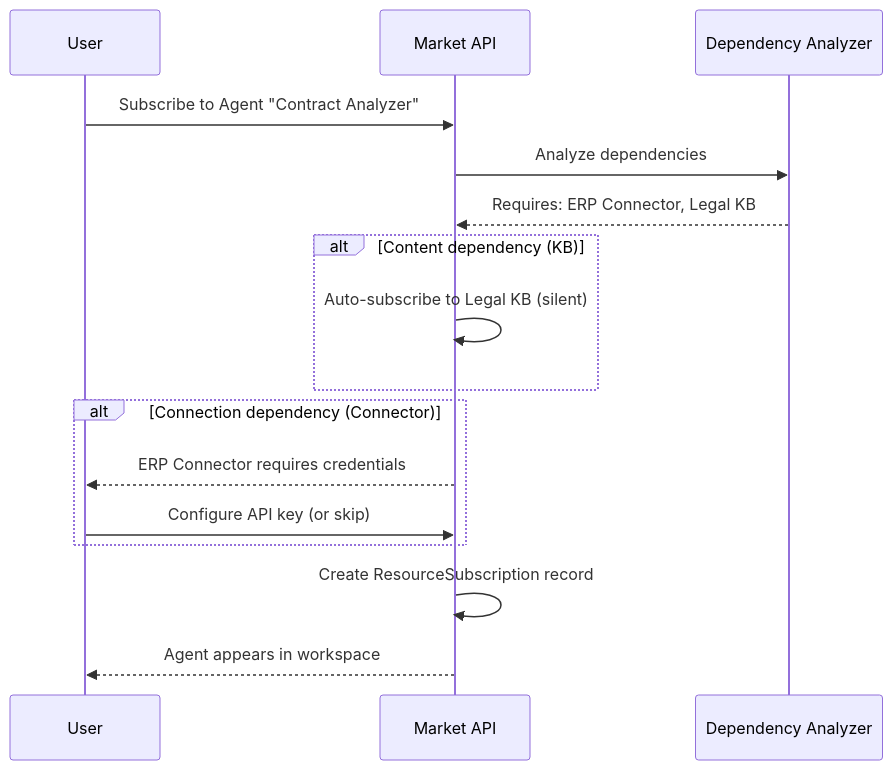
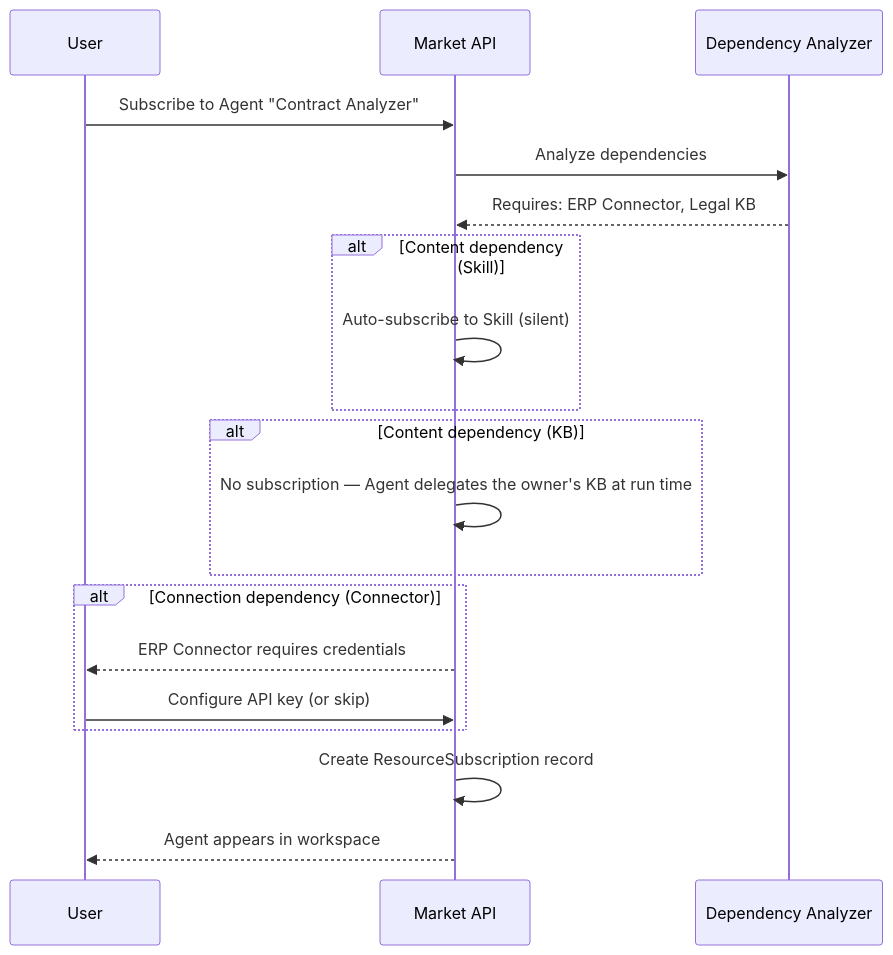
One commit to fim-ai/fim-one changed the third of 4 diagrams in docs/architecture/market.mdx. Above: the diagram before and after it, drawn with Mermaid. The commit also changed other lines of this file and 18 other files, not shown here.

````diff
--- a/docs/architecture/market.mdx
+++ b/docs/architecture/market.mdx
@@ -140,22 +140,26 @@
 ```mermaid
 sequenceDiagram
     participant U as User
     participant M as Market API
     participant DA as Dependency Analyzer
 
     U->>M: Subscribe to Agent "Contract Analyzer"
     M->>DA: Analyze dependencies
     DA-->>M: Requires: ERP Connector, Legal KB
 
+    alt Content dependency (Skill)
+        M->>M: Auto-subscribe to Skill (silent)
+    end
+
     alt Content dependency (KB)
-        M->>M: Auto-subscribe to Legal KB (silent)
+        M->>M: No subscription — Agent delegates the owner's KB at run time
     end
 
     alt Connection dependency (Connector)
         M-->>U: ERP Connector requires credentials
         U->>M: Configure API key (or skip)
     end
 
     M->>M: Create ResourceSubscription record
     M-->>U: Agent appears in workspace
 ```
````
